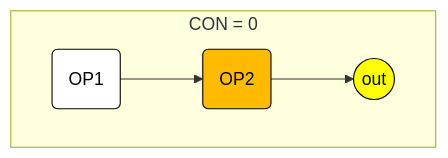
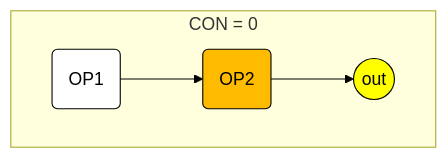
The first of 2 diagrams in docs/ch06/6_57.md (lineardrive/V3MMLmanual), drawn with Mermaid before and after one commit. The commit also changed other lines of this file and 8 other files, not shown here.

````diff
--- a/docs/ch06/6_57.md
+++ b/docs/ch06/6_57.md
@@ -26,10 +26,11 @@
 ```mermaid
 flowchart LR
   subgraph CON["CON = 0"]
     direction LR
     OP1("OP1") --> OP2("OP2") --> OUT(("out"))
   end
 style OP1 fill:#fff, stroke:#000, color:#000
 style OP2 fill:#fb0, stroke:#000, color:#000
 style OUT fill:#ff0, stroke:#000, color:#000
+linkStyle default stroke:#000
 ```
````
